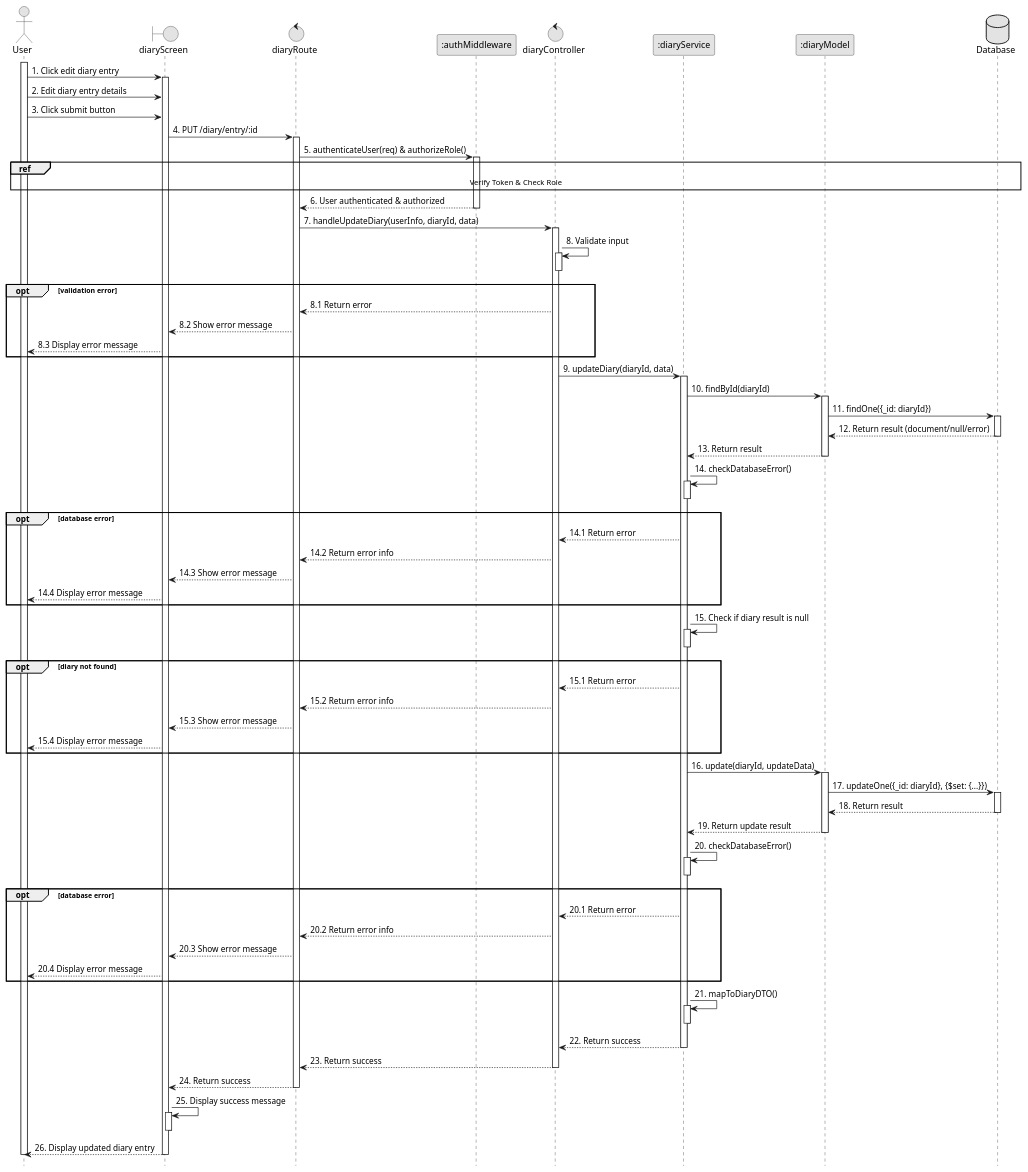
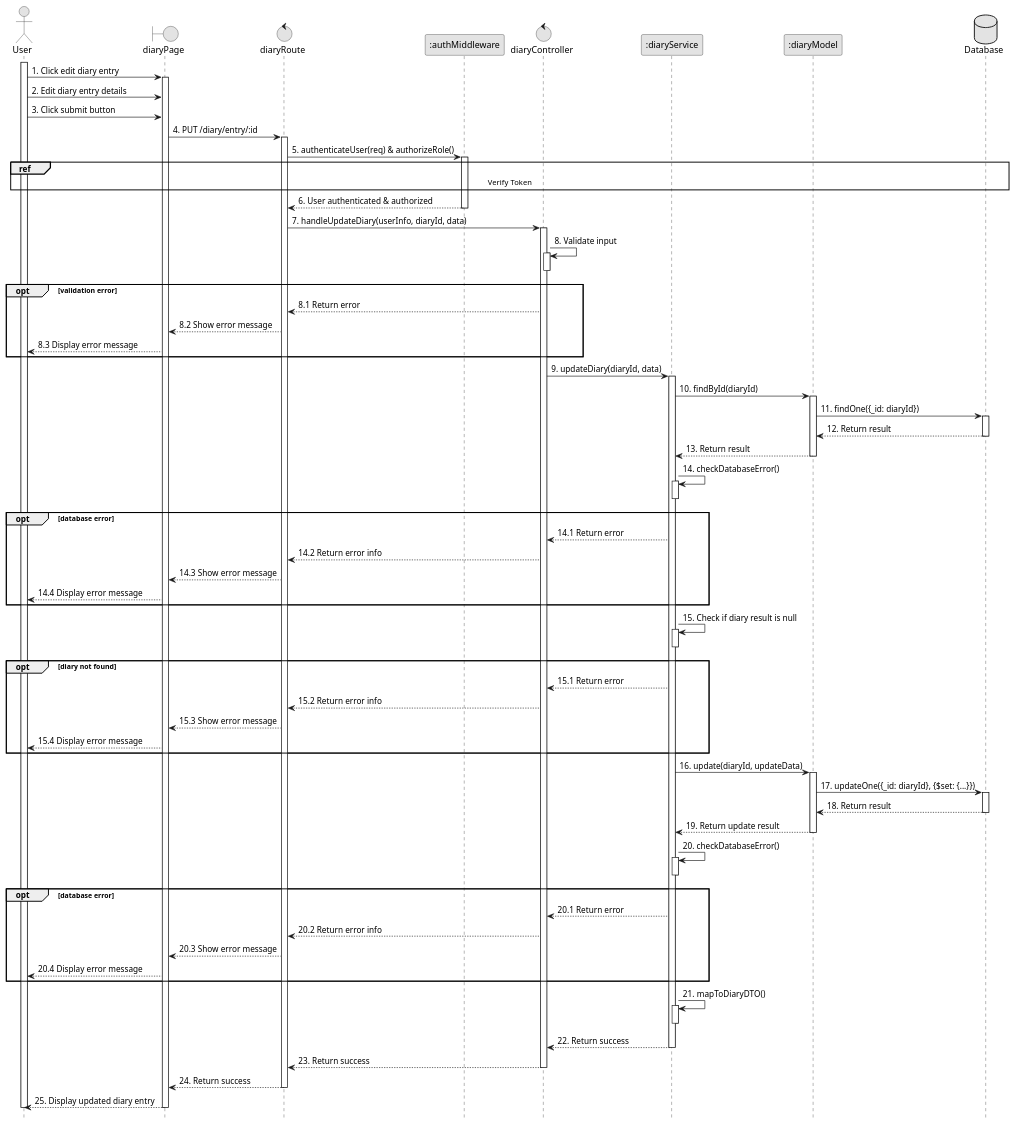
Before and after one commit to VietDurian/VietDurian: the diagram in planuml/web/10.3_updateDiary.puml, drawn with PlantUML. The commit also changed 24 other files, not shown here.

Commit message:
ViVLT: Edit sequence and add check role flow for authentication sub sequence

```diff
--- a/planuml/web/10.3_updateDiary.puml
+++ b/planuml/web/10.3_updateDiary.puml
@@ -1,99 +1,97 @@
 @startuml 10.3_updateDiary
 skinparam monochrome true
 skinparam shadowing false
 skinparam sequenceArrowThickness 1
 hide footbox
 
 actor User
-boundary diaryScreen as UI
+boundary diaryPage as UI
 control diaryRoute as Route
 participant ":authMiddleware" as Middleware
 control diaryController as Controller
 participant ":diaryService" as Service
 participant ":diaryModel" as Model
 database Database as DB
 
 activate User
 User -> UI : 1. Click edit diary entry
 activate UI
 User -> UI : 2. Edit diary entry details
 User -> UI : 3. Click submit button
 UI -> Route : 4. PUT /diary/entry/:id 
 activate Route
 Route -> Middleware : 5. authenticateUser(req) & authorizeRole()
 activate Middleware
-ref over User, DB: Verify Token & Check Role
+ref over User, DB: Verify Token 
 Middleware --> Route : 6. User authenticated & authorized
 deactivate Middleware
 Route -> Controller : 7. handleUpdateDiary(userInfo, diaryId, data)
 activate Controller
 Controller -> Controller : 8. Validate input
 activate Controller
 deactivate Controller
 opt validation error
     Controller --> Route : 8.1 Return error
     Route --> UI : 8.2 Show error message
     UI --> User : 8.3 Display error message
 end
 Controller -> Service : 9. updateDiary(diaryId, data)
 activate Service
 Service -> Model : 10. findById(diaryId)
 activate Model
 Model -> DB : 11. findOne({_id: diaryId})
 activate DB
-DB --> Model : 12. Return result (document/null/error)
+DB --> Model : 12. Return result 
 deactivate DB
 Model --> Service : 13. Return result
 deactivate Model
 Service -> Service : 14. checkDatabaseError()
 activate Service
 deactivate Service
 opt database error
     Service --> Controller : 14.1 Return error
     Controller --> Route : 14.2 Return error info
     Route --> UI : 14.3 Show error message
     UI --> User : 14.4 Display error message
 end
 Service -> Service : 15. Check if diary result is null
 activate Service
 deactivate Service
 opt diary not found
     Service --> Controller : 15.1 Return error
     Controller --> Route : 15.2 Return error info
     Route --> UI : 15.3 Show error message
     UI --> User : 15.4 Display error message
 end
 Service -> Model : 16. update(diaryId, updateData)
 activate Model
 Model -> DB : 17. updateOne({_id: diaryId}, {$set: {...}})
 activate DB
 DB --> Model : 18. Return result
 deactivate DB
 Model --> Service : 19. Return update result
 deactivate Model
 Service -> Service : 20. checkDatabaseError()
 activate Service
 deactivate Service
 opt database error
     Service --> Controller : 20.1 Return error
     Controller --> Route : 20.2 Return error info
     Route --> UI : 20.3 Show error message
     UI --> User : 20.4 Display error message
 end
 Service -> Service : 21. mapToDiaryDTO()
 activate Service
 deactivate Service
 Service --> Controller : 22. Return success
 deactivate Service
 Controller --> Route : 23. Return success
 deactivate Controller
 Route --> UI : 24. Return success
 deactivate Route
-UI -> UI : 25. Display success message
-activate UI
-deactivate UI
-UI --> User : 26. Display updated diary entry
+
+UI --> User : 25. Display updated diary entry
 deactivate UI
 deactivate User
 
 @enduml
```
